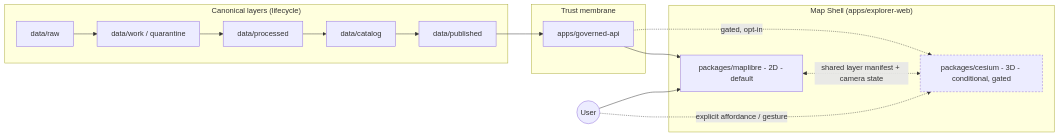
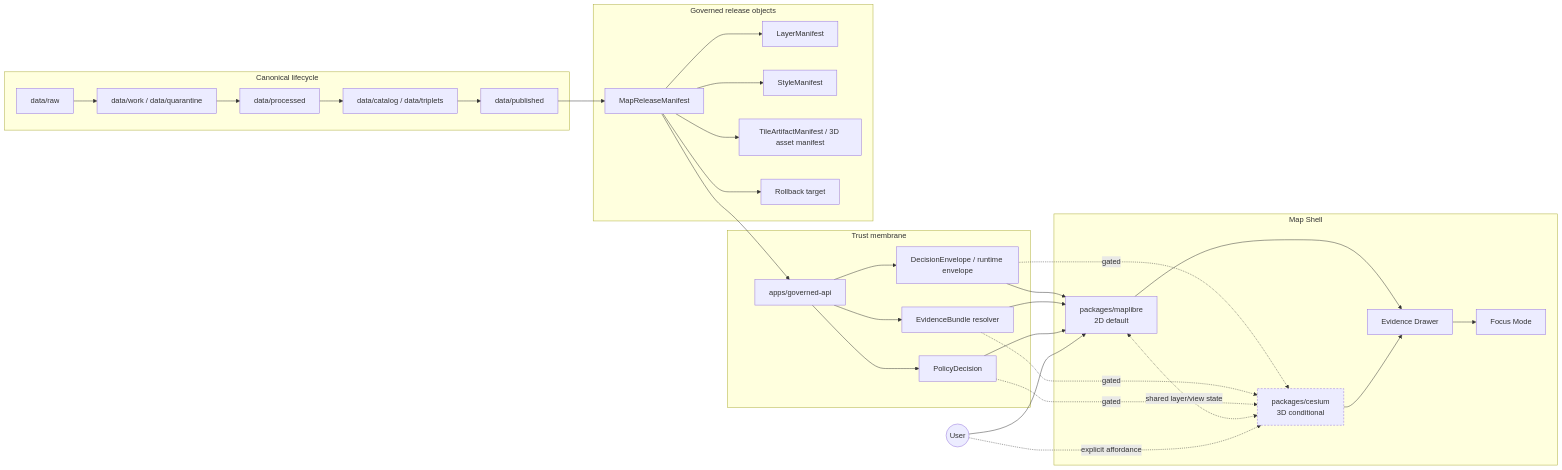
One commit to bartytime4life/Kansas-Frontier-Matrix changed the diagram in docs/adr/ADR-0007-cesium-3d-is-conditional-and-gated.md. Above: the diagram before and after it, drawn with Mermaid. The commit also changed other lines of this file, not shown here.

````diff
--- a/docs/adr/ADR-0007-cesium-3d-is-conditional-and-gated.md
+++ b/docs/adr/ADR-0007-cesium-3d-is-conditional-and-gated.md
@@ -170,32 +260,65 @@
 ```mermaid
 flowchart LR
-    subgraph CANONICAL["Canonical layers (lifecycle)"]
-        RAW[data/raw]
-        WORK[data/work / quarantine]
-        PROC[data/processed]
-        CAT[data/catalog]
-        PUB[data/published]
+    subgraph CANONICAL["Canonical lifecycle"]
+        RAW["data/raw"]
+        WORK["data/work / data/quarantine"]
+        PROC["data/processed"]
+        CAT["data/catalog / data/triplets"]
+        PUB["data/published"]
     end
 
     subgraph MEMBRANE["Trust membrane"]
-        API[apps/governed-api]
+        API["apps/governed-api"]
+        ENV["DecisionEnvelope / runtime envelope"]
+        EVD["EvidenceBundle resolver"]
+        POL["PolicyDecision"]
     end
 
-    subgraph SHELL["Map Shell (apps/explorer-web)"]
-        ML[packages/maplibre - 2D - default]
-        CS[packages/cesium - 3D - conditional, gated]
+    subgraph MANIFESTS["Governed release objects"]
+        LM["LayerManifest"]
+        SM["StyleManifest"]
+        TM["TileArtifactManifest / 3D asset manifest"]
+        RM["MapReleaseManifest"]
+        RB["Rollback target"]
+    end
+
+    subgraph SHELL["Map Shell"]
+        ML["packages/maplibre<br/>2D default"]
+        CS["packages/cesium<br/>3D conditional"]
+        DRAWER["Evidence Drawer"]
+        FOCUS["Focus Mode"]
     end
 
     USER((User))
 
     RAW --> WORK --> PROC --> CAT --> PUB
-    PUB --> API
-    API --> ML
-    API -. gated, opt-in .-> CS
-    ML <-. shared layer manifest + camera state .-> CS
+    PUB --> RM
+    RM --> LM
+    RM --> SM
+    RM --> TM
+    RM --> RB
+    RM --> API
+
+    API --> ENV
+    API --> EVD
+    API --> POL
+
+    ENV --> ML
+    EVD --> ML
+    POL --> ML
+
+    ENV -. gated .-> CS
+    EVD -. gated .-> CS
+    POL -. gated .-> CS
+
+    ML <-. shared layer/view state .-> CS
+    ML --> DRAWER
+    CS --> DRAWER
+    DRAWER --> FOCUS
+
     USER --> ML
-    USER -. explicit affordance / gesture .-> CS
+    USER -. explicit affordance .-> CS
 
     classDef gated stroke-dasharray: 4 3
     class CS gated
 ```
````
